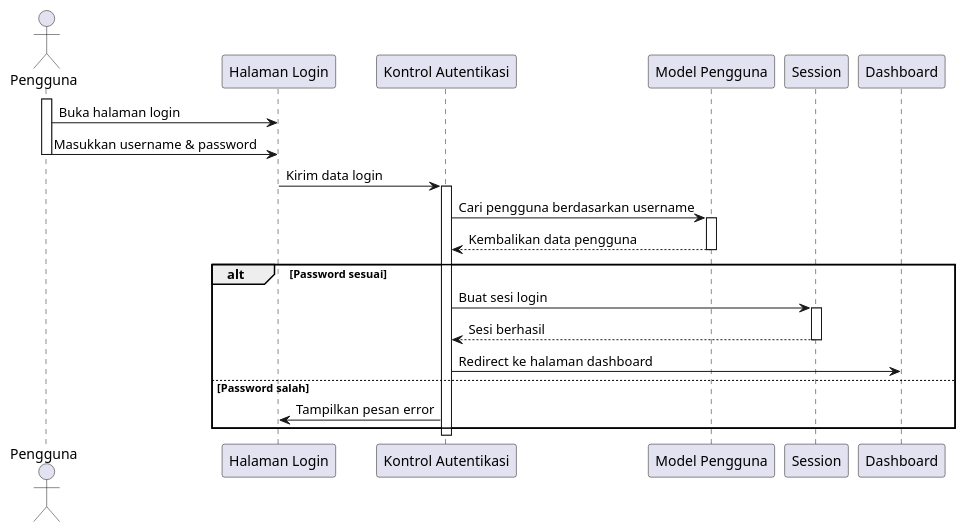
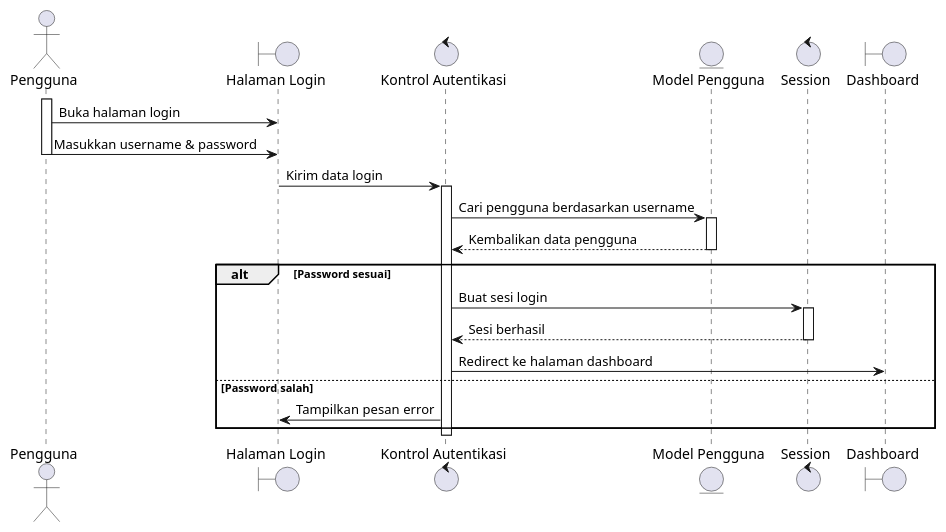
One commit to tengahcang/UML_TA changed the diagram in sequence diagram/login.wsd. Above: the diagram before and after it, drawn with PlantUML. The commit also changed 115 other files, not shown here.

```diff
--- a/sequence diagram/login.wsd
+++ b/sequence diagram/login.wsd
@@ -1,38 +1,38 @@
 @startuml
 
 actor Pengguna
-participant "Halaman Login" as Login
-participant "Kontrol Autentikasi" as Auth
-participant "Model Pengguna" as UserModel
-participant "Session" as Session
-participant "Dashboard" as Dashboard
+boundary "Halaman Login" as Login
+control "Kontrol Autentikasi" as Auth
+entity "Model Pengguna" as UserModel
+control "Session" as Session
+boundary "Dashboard" as Dashboard
 
 activate Pengguna
 Pengguna -> Login: Buka halaman login
 
 Pengguna -> Login: Masukkan username & password
 deactivate Pengguna
 
 Login -> Auth: Kirim data login
 
 activate Auth
 
 Auth -> UserModel: Cari pengguna berdasarkan username
 activate UserModel
 UserModel --> Auth: Kembalikan data pengguna
 deactivate UserModel
 
 alt Password sesuai
     Auth -> Session: Buat sesi login
     activate Session
     Session --> Auth: Sesi berhasil
     deactivate Session
 
     Auth -> Dashboard: Redirect ke halaman dashboard
 else Password salah
     Auth -> Login: Tampilkan pesan error
 end
 
 deactivate Auth
 
 @enduml
```
